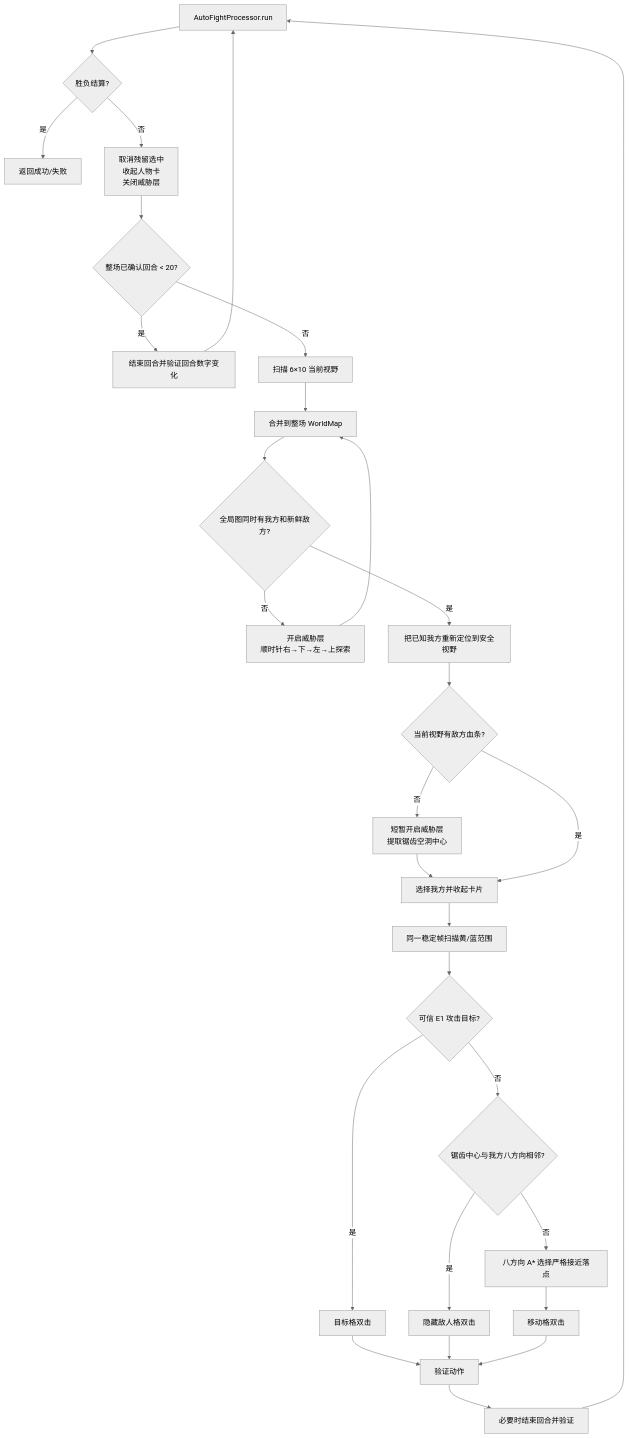
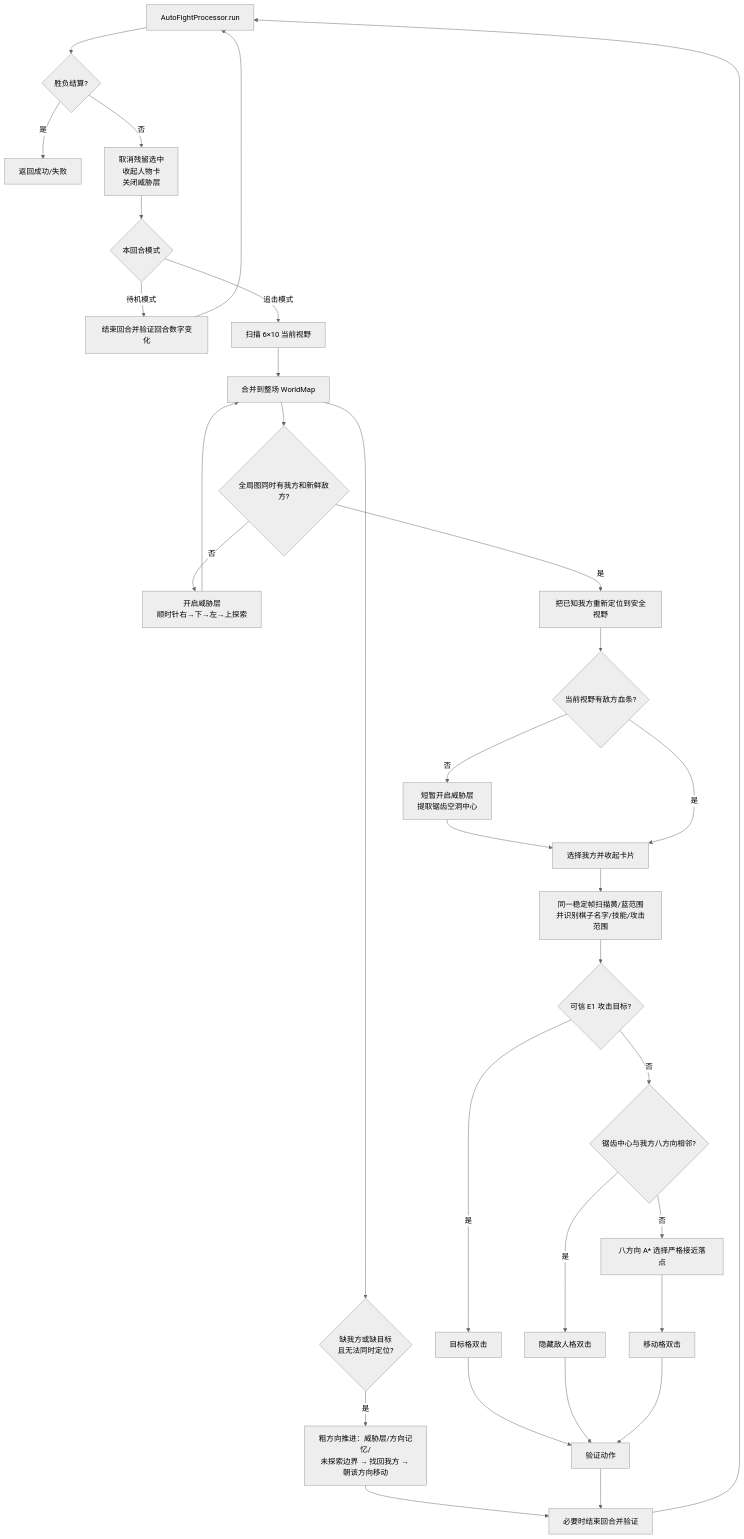
Before and after one commit to Knight-ts/knights-auto-game: the third of 4 diagrams in docs/zh_cn/自动推年与战斗系统分析.md, drawn with Mermaid (neutral theme). The commit also changed other lines of this file and 7 other files, not shown here.

Commit message:
docs: 新增城堡被攻打、任务接取规则、战斗模式与棋子识别文档及配图

````diff
--- a/docs/zh_cn/自动推年与战斗系统分析.md
+++ b/docs/zh_cn/自动推年与战斗系统分析.md
@@ -133,36 +133,40 @@
 ```mermaid
 flowchart TD
     S["AutoFightProcessor.run"] --> TERM{"胜负结算?"}
     TERM -->|是| RETURN["返回成功/失败"]
     TERM -->|否| CLEAN["取消残留选中<br/>收起人物卡<br/>关闭威胁层"]
 
-    CLEAN --> PASSIVE{"整场已确认回合 < 20?"}
-    PASSIVE -->|是| END_PASSIVE["结束回合并验证回合数字变化"]
+    CLEAN --> MODE{"本回合模式"}
+    MODE -->|待机模式| END_PASSIVE["结束回合并验证回合数字变化"]
     END_PASSIVE --> S
 
-    PASSIVE -->|否| LOCAL["扫描 6×10 当前视野"]
+    MODE -->|追击模式| LOCAL["扫描 6×10 当前视野"]
     LOCAL --> MERGE["合并到整场 WorldMap"]
     MERGE --> BOTH{"全局图同时有我方和新鲜敌方?"}
     BOTH -->|否| EXPLORE["开启威胁层<br/>顺时针右→下→左→上探索"]
     EXPLORE --> MERGE
     BOTH -->|是| FOCUS["把已知我方重新定位到安全视野"]
 
+    MERGE --> COARSE{"缺我方或缺目标<br/>且无法同时定位?"}
+    COARSE -->|是| ROUGH["粗方向推进：威胁层/方向记忆/<br/>未探索边界 → 找回我方 → 朝该方向移动"]
+    ROUGH --> END_ACTIVE
+
     FOCUS --> THREAT{"当前视野有敌方血条?"}
     THREAT -->|否| REFRESH["短暂开启威胁层<br/>提取锯齿空洞中心"]
     REFRESH --> SELECT["选择我方并收起卡片"]
     THREAT -->|是| SELECT
-    SELECT --> RANGE["同一稳定帧扫描黄/蓝范围"]
+    SELECT --> RANGE["同一稳定帧扫描黄/蓝范围<br/>并识别棋子名字/技能/攻击范围"]
 
     RANGE --> E1{"可信 E1 攻击目标?"}
     E1 -->|是| ATTACK["目标格双击"]
     E1 -->|否| HIDDEN{"锯齿中心与我方八方向相邻?"}
     HIDDEN -->|是| HIDDEN_ATTACK["隐藏敌人格双击"]
     HIDDEN -->|否| PATH["八方向 A* 选择严格接近落点"]
     PATH --> MOVE["移动格双击"]
 
     ATTACK --> VERIFY["验证动作"]
     HIDDEN_ATTACK --> VERIFY
     MOVE --> VERIFY
     VERIFY --> END_ACTIVE["必要时结束回合并验证"]
     END_ACTIVE --> S
 ```
````
